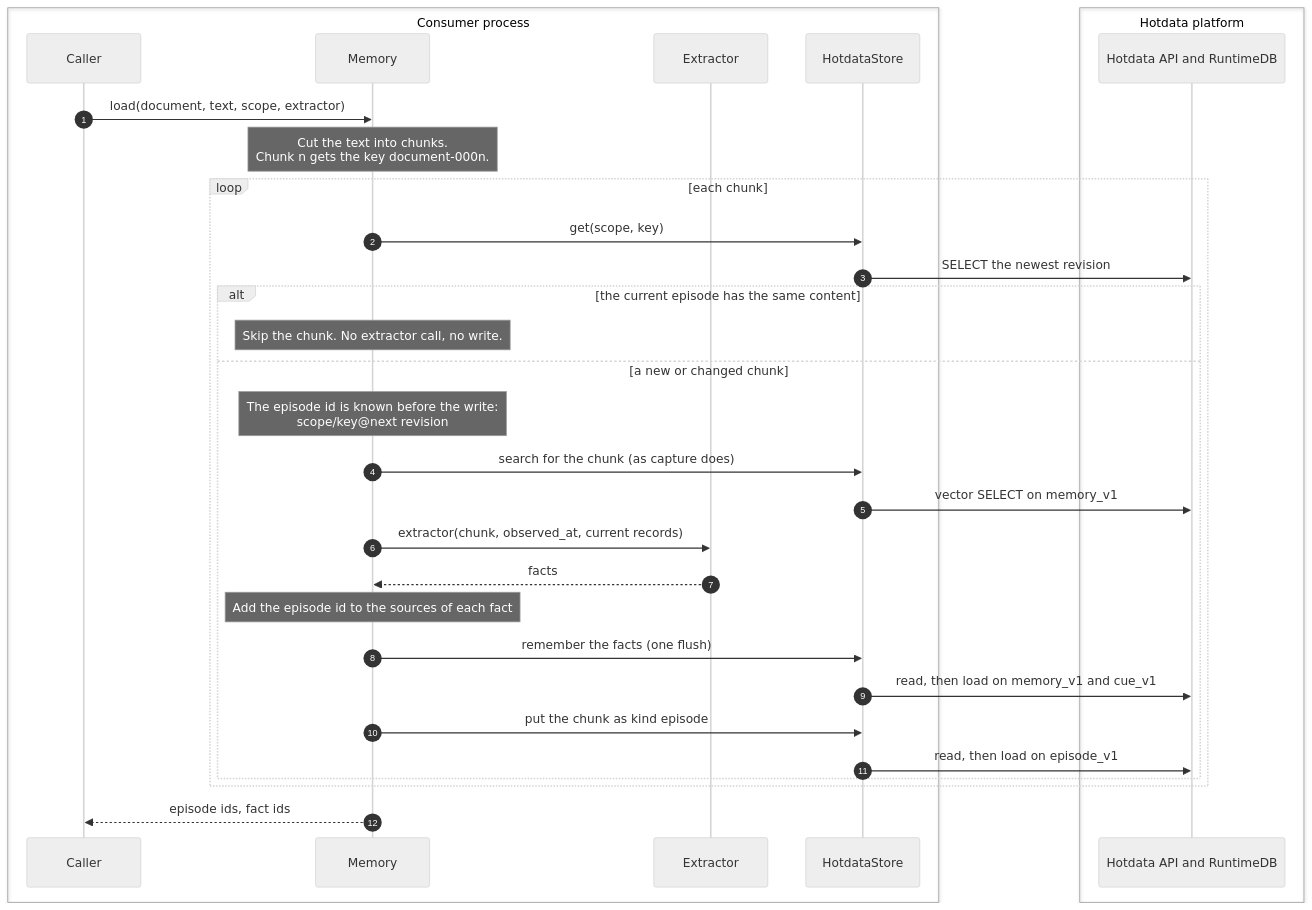
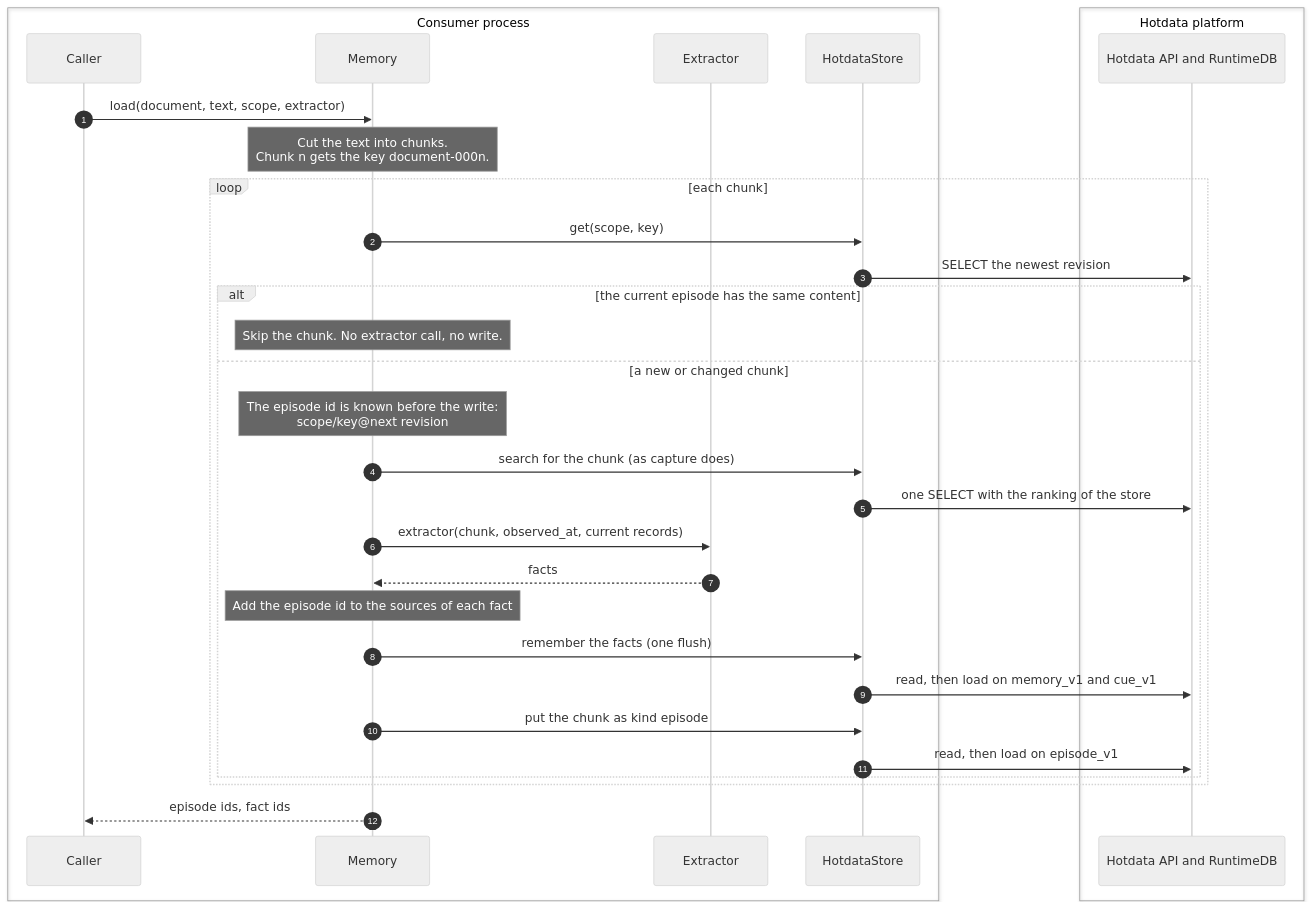
Diagram 11 of 12 in docs/internal/architecture.md (hotdata-dev/hotmemory), drawn with Mermaid (neutral theme) before and after one commit. The commit also changed other lines of this file and 24 other files, not shown here.

First line of the commit message:
Phase 11, part 1: a large memory store, the sorted index made optional, and LongMemEval-S in full (#32)

````diff
--- a/docs/internal/architecture.md
+++ b/docs/internal/architecture.md
@@ -583,34 +609,34 @@
 ```mermaid
 sequenceDiagram
     autonumber
     box Consumer process
         participant C as Caller
         participant M as Memory
         participant X as Extractor
         participant H as HotdataStore
     end
     box Hotdata platform
         participant API as Hotdata API and RuntimeDB
     end
     C->>M: load(document, text, scope, extractor)
     Note over M: Cut the text into chunks.<br/>Chunk n gets the key document-000n.
     loop each chunk
         M->>H: get(scope, key)
         H->>API: SELECT the newest revision
         alt the current episode has the same content
             Note over M: Skip the chunk. No extractor call, no write.
         else a new or changed chunk
             Note over M: The episode id is known before the write:<br/>scope/key@next revision
             M->>H: search for the chunk (as capture does)
-            H->>API: vector SELECT on memory_v1
+            H->>API: one SELECT with the ranking of the store
             M->>X: extractor(chunk, observed_at, current records)
             X-->>M: facts
             Note over M: Add the episode id to the sources of each fact
             M->>H: remember the facts (one flush)
             H->>API: read, then load on memory_v1 and cue_v1
             M->>H: put the chunk as kind episode
             H->>API: read, then load on episode_v1
         end
     end
     M-->>C: episode ids, fact ids
 ```
````
